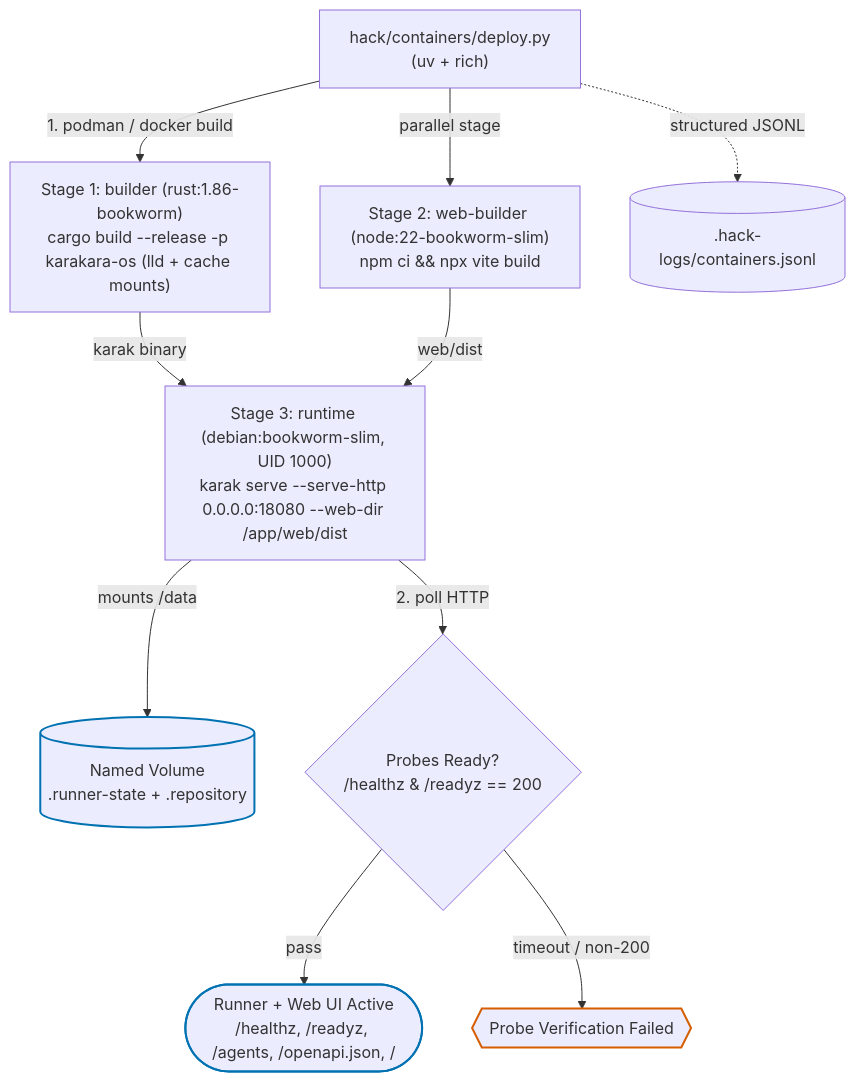
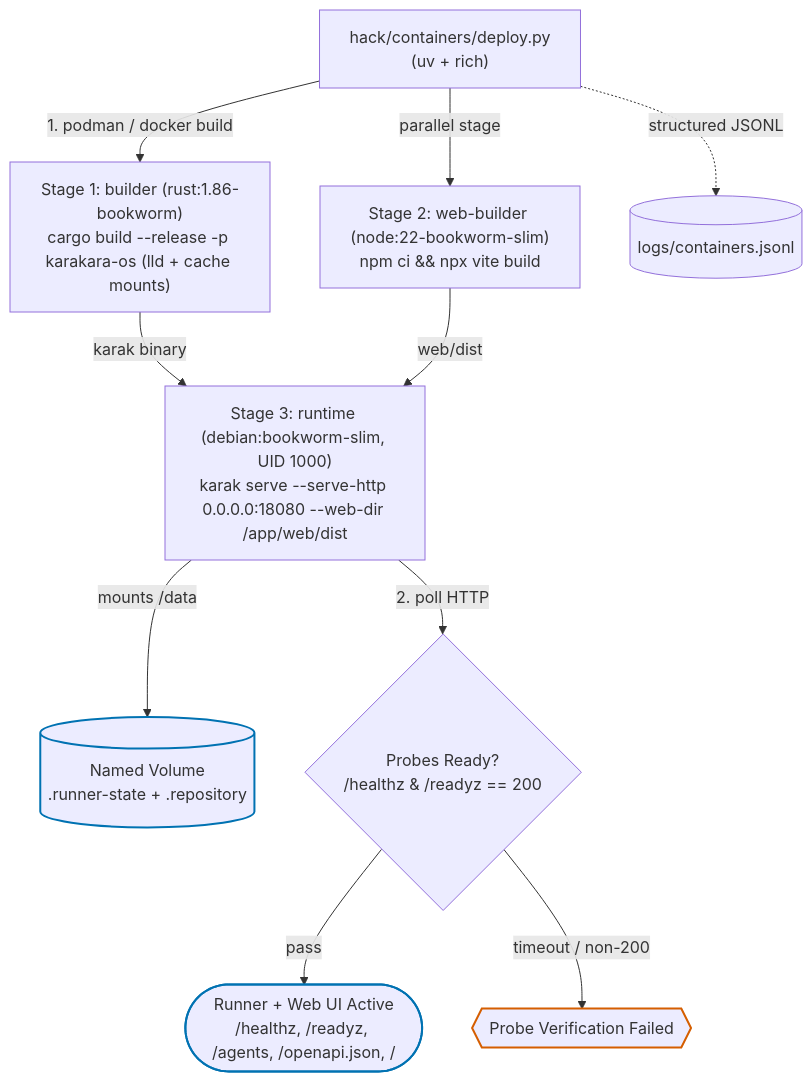
The diagram in docs/runbooks/local-containers.md (KarakaraLabs/karakara-os), drawn with Mermaid before and after one commit. The commit also changed 4 other files, not shown here.

Commit message:
chore(containers): use shared logs/ dir and container-native install docs

````diff
--- a/docs/runbooks/local-containers.md
+++ b/docs/runbooks/local-containers.md
@@ -14,17 +14,17 @@
 ```mermaid
 flowchart TD
   CLI["hack/containers/deploy.py<br/>(uv + rich)"] -->|"1. podman / docker build"| S1["Stage 1: builder (rust:1.86-bookworm)<br/>cargo build --release -p karakara-os (lld + cache mounts)"]
   CLI -->|"parallel stage"| S2["Stage 2: web-builder (node:22-bookworm-slim)<br/>npm ci && npx vite build"]
   S1 -->|"karak binary"| S3["Stage 3: runtime (debian:bookworm-slim, UID 1000)<br/>karak serve --serve-http 0.0.0.0:18080 --web-dir /app/web/dist"]
   S2 -->|"web/dist"| S3
   S3 -->|"mounts /data"| VOL[("Named Volume<br/>.runner-state + .repository")]
   S3 -->|"2. poll HTTP"| GATE{"Probes Ready?<br/>/healthz & /readyz == 200"}
   GATE -->|"pass"| LIVE(["Runner + Web UI Active<br/>/healthz, /readyz, /agents, /openapi.json, /"])
   GATE -->|"timeout / non-200"| FAIL{{"Probe Verification Failed"}}
-  CLI -.->|"structured JSONL"| LOGS[(".hack-logs/containers.jsonl")]
+  CLI -.->|"structured JSONL"| LOGS[("logs/containers.jsonl")]
 
   classDef ok stroke:#0072B2,stroke-width:2px
   classDef deny stroke:#D55E00,stroke-width:2px
   class LIVE,VOL ok
   class FAIL deny
 ```
````
